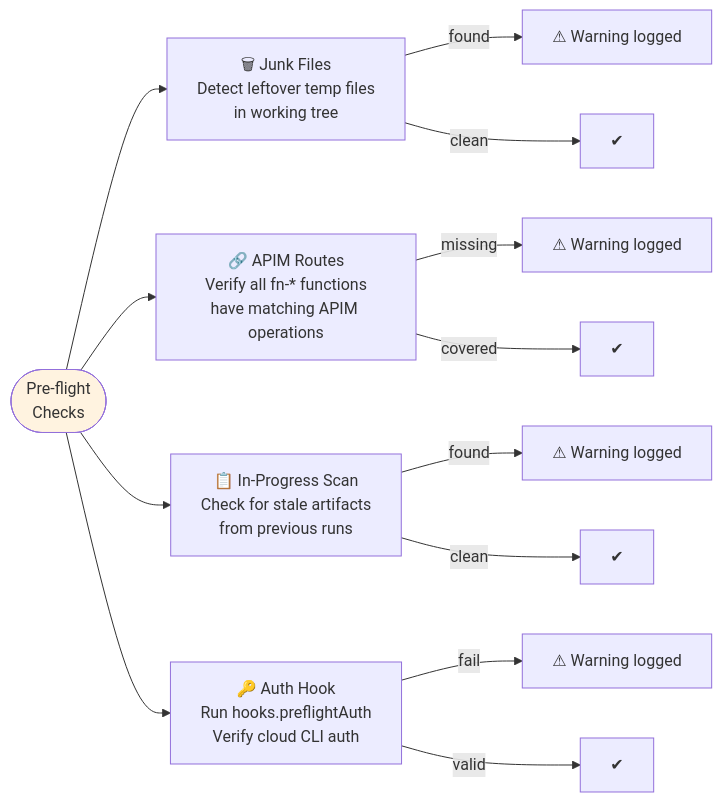
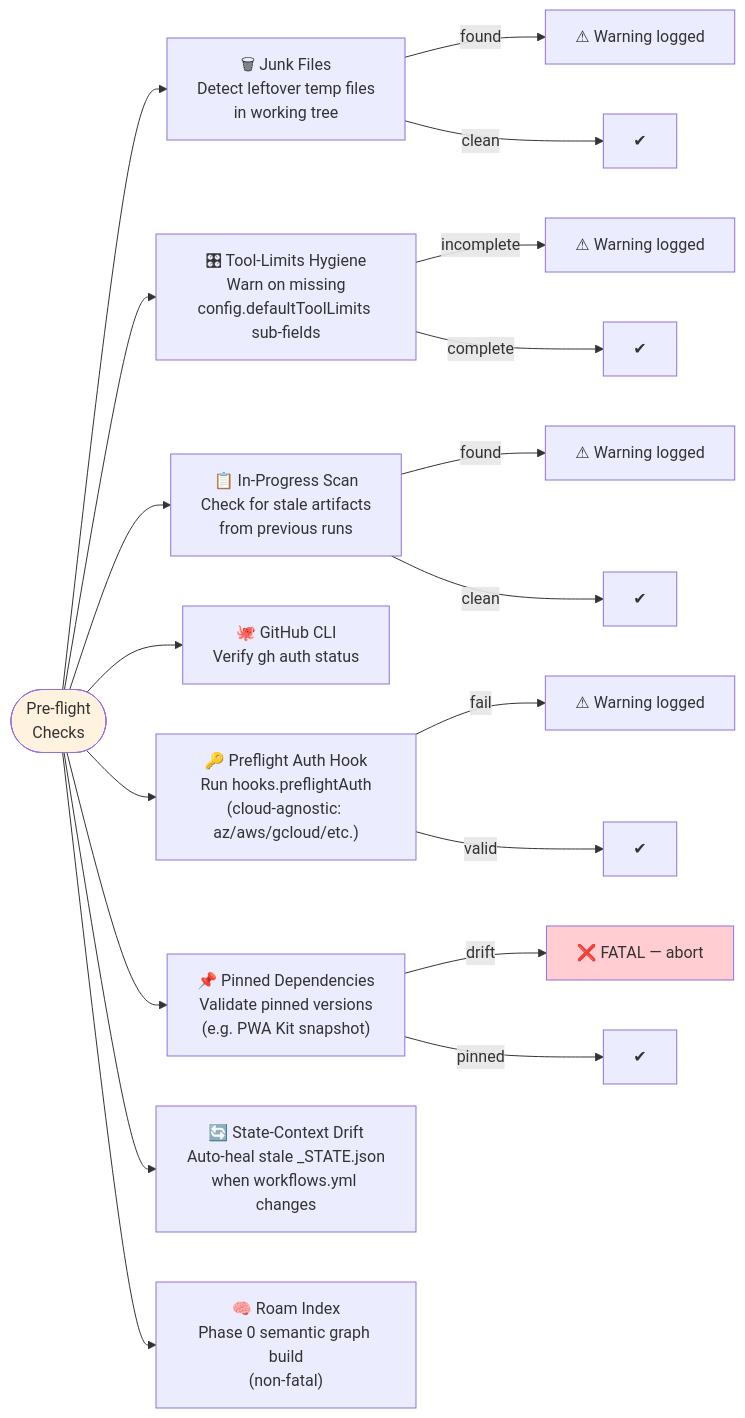
Before and after one commit to RomanKaliupinMelonusa/DAGent-t: the fourth of 5 diagrams in tools/autonomous-factory/docs/01-watchdog.md, drawn with Mermaid. The commit also changed other lines of this file and 20 other files, not shown here.

First line of the commit message:
Emit Playwright reports as handler-output (hook+schema)

````diff
--- a/tools/autonomous-factory/docs/01-watchdog.md
+++ b/tools/autonomous-factory/docs/01-watchdog.md
@@ -211,18 +213,25 @@
 ```mermaid
 flowchart LR
     PF(["Pre-flight\nChecks"]) --> J["🗑 Junk Files\nDetect leftover temp files\nin working tree"]
-    PF --> AP["🔗 APIM Routes\nVerify all fn-* functions\nhave matching APIM operations"]
+    PF --> TL["🎛 Tool-Limits Hygiene\nWarn on missing\nconfig.defaultToolLimits sub-fields"]
     PF --> IP["📋 In-Progress Scan\nCheck for stale artifacts\nfrom previous runs"]
-    PF --> AZ["🔑 Auth Hook\nRun hooks.preflightAuth\nVerify cloud CLI auth"]
+    PF --> GH["🐙 GitHub CLI\nVerify gh auth status"]
+    PF --> AZ["🔑 Preflight Auth Hook\nRun hooks.preflightAuth\n(cloud-agnostic: az/aws/gcloud/etc.)"]
+    PF --> PIN["📌 Pinned Dependencies\nValidate pinned versions\n(e.g. PWA Kit snapshot)"]
+    PF --> SD["🔄 State-Context Drift\nAuto-heal stale _STATE.json\nwhen workflows.yml changes"]
+    PF --> RI["🧠 Roam Index\nPhase 0 semantic graph build\n(non-fatal)"]
 
     J -->|"found"| WARN1["⚠ Warning logged"]
     J -->|"clean"| OK1["✔"]
-    AP -->|"missing"| WARN2["⚠ Warning logged"]
-    AP -->|"covered"| OK2["✔"]
+    TL -->|"incomplete"| WARN2["⚠ Warning logged"]
+    TL -->|"complete"| OK2["✔"]
     IP -->|"found"| WARN3["⚠ Warning logged"]
     IP -->|"clean"| OK3["✔"]
     AZ -->|"fail"| WARN4["⚠ Warning logged"]
     AZ -->|"valid"| OK4["✔"]
+    PIN -->|"drift"| FATAL["❌ FATAL — abort"]
+    PIN -->|"pinned"| OK5["✔"]
 
     style PF fill:#fff3e0
+    style FATAL fill:#ffcdd2
 ```
````
